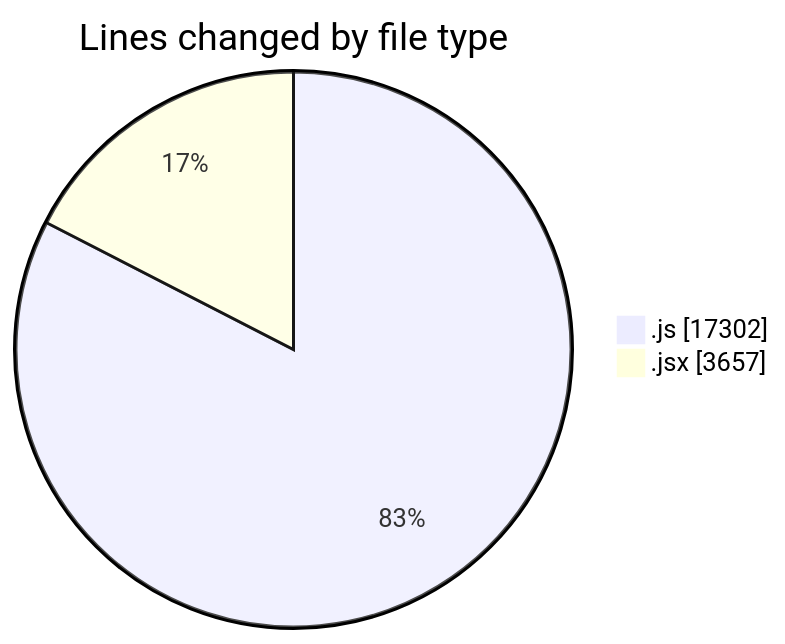
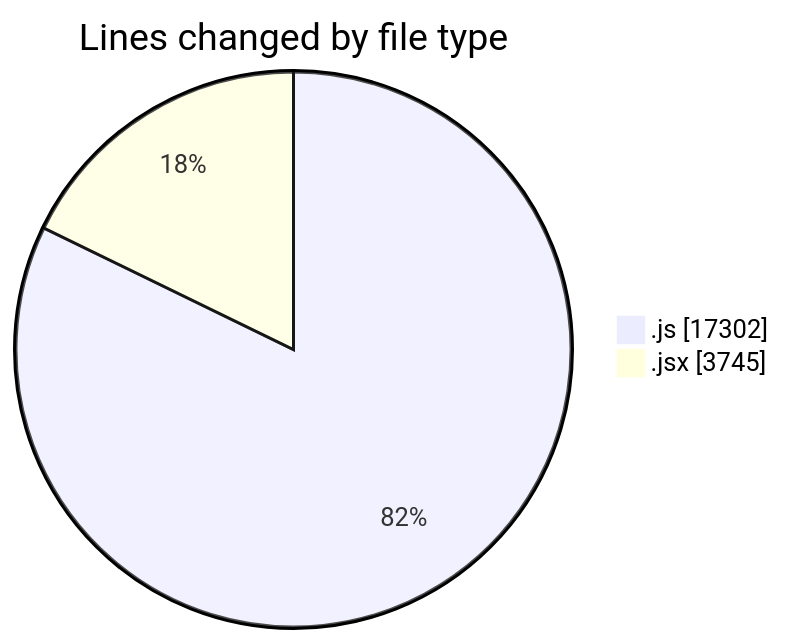
Before and after one commit to nxtqubesakshisongat/code-tracking: the first of 2 diagrams in 2025-09-26/nxtqube_webapp/README.md, drawn with Mermaid. The commit also changed other lines of this file and 1 other file, not shown here.

````diff
--- a/2025-09-26/nxtqube_webapp/README.md
+++ b/2025-09-26/nxtqube_webapp/README.md
@@ -27,6 +27,6 @@
 ```mermaid
 pie showData
 title Lines changed by file type
 ".js" : 17302
-".jsx" : 3657
+".jsx" : 3745
 ```
````
